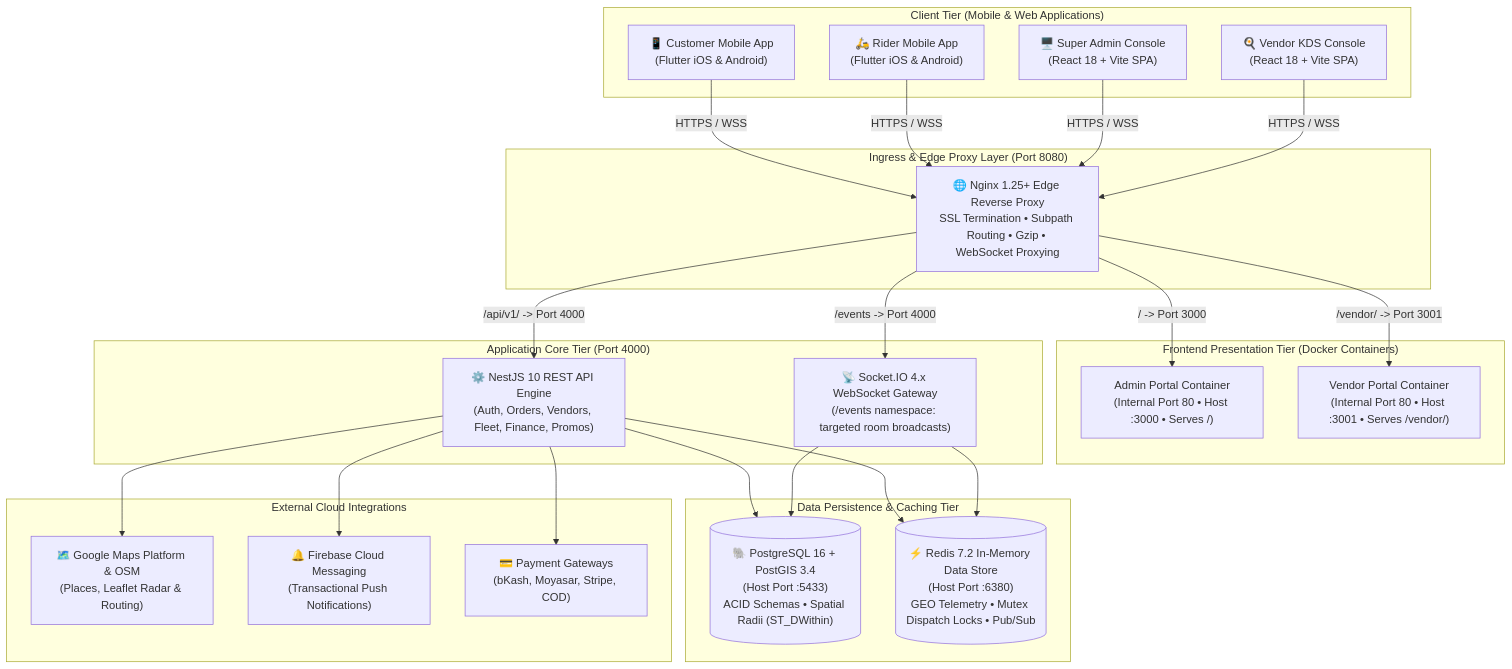
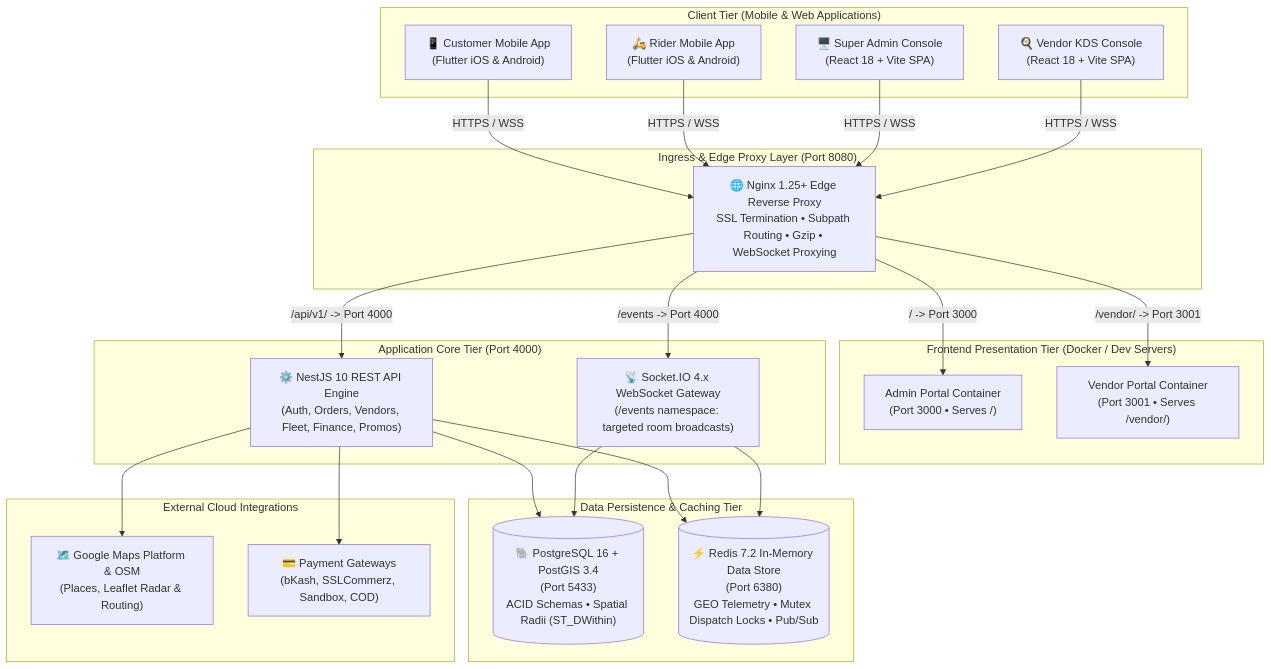
The diagram in README.md (ihjohny/DeliveryOS), drawn with Mermaid before and after one commit. The commit also changed other lines of this file and 23 other files, not shown here.

````diff
--- a/README.md
+++ b/README.md
@@ -94,55 +44,53 @@
 ```mermaid
 flowchart TD
     subgraph Clients["Client Tier (Mobile & Web Applications)"]
         CA["📱 Customer Mobile App<br/>(Flutter iOS & Android)"]
         RA["🛵 Rider Mobile App<br/>(Flutter iOS & Android)"]
         AP["🖥️ Super Admin Console<br/>(React 18 + Vite SPA)"]
         VP["🍳 Vendor KDS Console<br/>(React 18 + Vite SPA)"]
     end
 
     subgraph Edge["Ingress & Edge Proxy Layer (Port 8080)"]
         NGINX["🌐 Nginx 1.25+ Edge Reverse Proxy<br/>SSL Termination • Subpath Routing • Gzip • WebSocket Proxying"]
     end
 
-    subgraph WebContainers["Frontend Presentation Tier (Docker Containers)"]
-        AP_SVC["Admin Portal Container<br/>(Internal Port 80 • Host :3000 • Serves /)"]
-        VP_SVC["Vendor Portal Container<br/>(Internal Port 80 • Host :3001 • Serves /vendor/)"]
+    subgraph WebContainers["Frontend Presentation Tier (Docker / Dev Servers)"]
+        AP_SVC["Admin Portal Container<br/>(Port 3000 • Serves /)"]
+        VP_SVC["Vendor Portal Container<br/>(Port 3001 • Serves /vendor/)"]
     end
 
     subgraph AppTier["Application Core Tier (Port 4000)"]
         API["⚙️ NestJS 10 REST API Engine<br/>(Auth, Orders, Vendors, Fleet, Finance, Promos)"]
         WSS["📡 Socket.IO 4.x WebSocket Gateway<br/>(/events namespace: targeted room broadcasts)"]
     end
 
     subgraph DataTier["Data Persistence & Caching Tier"]
-        PG[("🐘 PostgreSQL 16 + PostGIS 3.4<br/>(Host Port :5433)<br/>ACID Schemas • Spatial Radii (ST_DWithin)")]
-        RD[("⚡ Redis 7.2 In-Memory Data Store<br/>(Host Port :6380)<br/>GEO Telemetry • Mutex Dispatch Locks • Pub/Sub")]
+        PG[("🐘 PostgreSQL 16 + PostGIS 3.4<br/>(Port 5433)<br/>ACID Schemas • Spatial Radii (ST_DWithin)")]
+        RD[("⚡ Redis 7.2 In-Memory Data Store<br/>(Port 6380)<br/>GEO Telemetry • Mutex Dispatch Locks • Pub/Sub")]
     end
 
     subgraph External["External Cloud Integrations"]
         MAPS["🗺️ Google Maps Platform & OSM<br/>(Places, Leaflet Radar & Routing)"]
-        FCM["🔔 Firebase Cloud Messaging<br/>(Transactional Push Notifications)"]
-        PAY["💳 Payment Gateways<br/>(bKash, Moyasar, Stripe, COD)"]
+        PAY["💳 Payment Gateways<br/>(bKash, SSLCommerz, Sandbox, COD)"]
     end
 
-    %% Client Ingress Traffic
+    %% Ingress Traffic
     CA -->|HTTPS / WSS| NGINX
     RA -->|HTTPS / WSS| NGINX
     AP -->|HTTPS / WSS| NGINX
     VP -->|HTTPS / WSS| NGINX
 
-    %% Ingress Reverse Proxying
+    %% Subpath Proxying
     NGINX -->|/ -> Port 3000| AP_SVC
     NGINX -->|/vendor/ -> Port 3001| VP_SVC
     NGINX -->|/api/v1/ -> Port 4000| API
     NGINX -->|/events -> Port 4000| WSS
 
-    %% Backend Service Connections
+    %% Backend Connections
     API --> PG
     API --> RD
     WSS --> RD
     WSS --> PG
     API --> MAPS
-    API --> FCM
     API --> PAY
 ```
````
